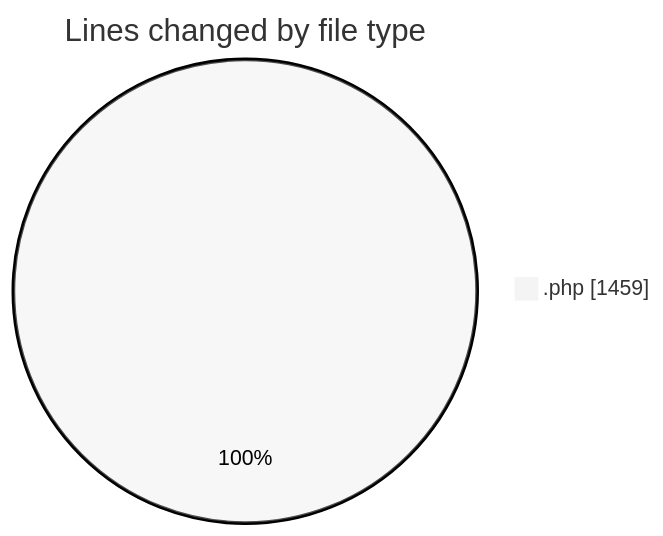
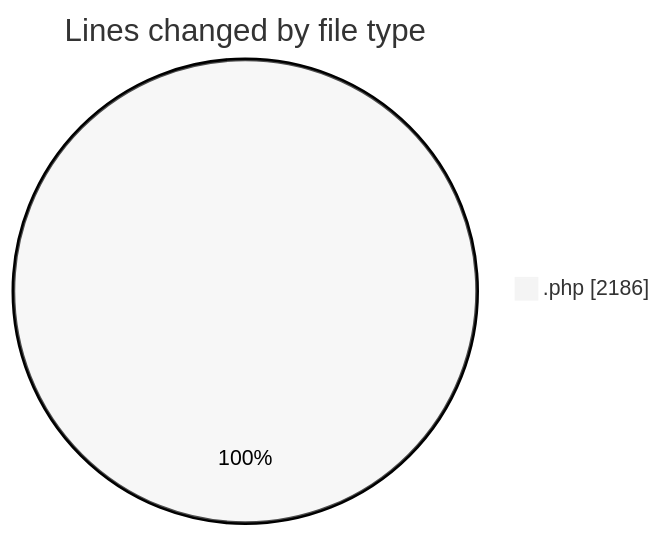
The first of 2 diagrams in 2025-09-02/quytuthien_vn/README.md (lephambinh05/code-tracking), drawn with Mermaid (neutral theme) before and after one commit. The commit also changed other lines of this file and 1 other file, not shown here.

````diff
--- a/2025-09-02/quytuthien_vn/README.md
+++ b/2025-09-02/quytuthien_vn/README.md
@@ -20,5 +20,5 @@
 ```mermaid
 pie showData
 title Lines changed by file type
-".php" : 1459
+".php" : 2186
 ```
````
